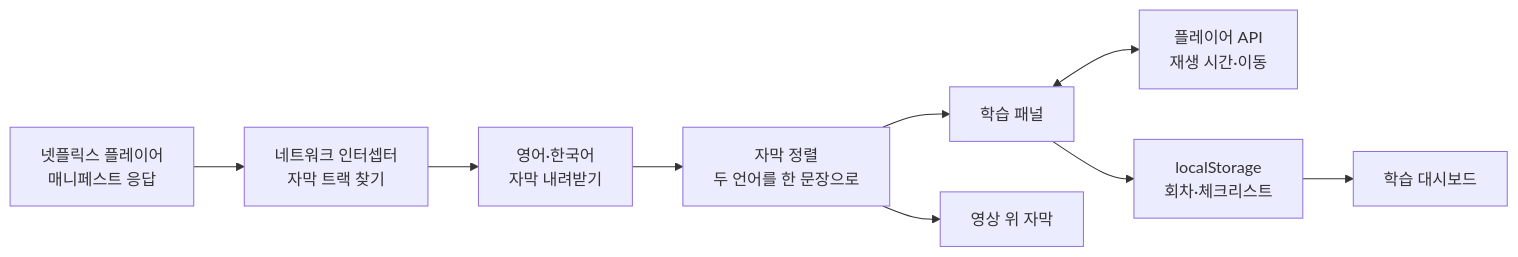
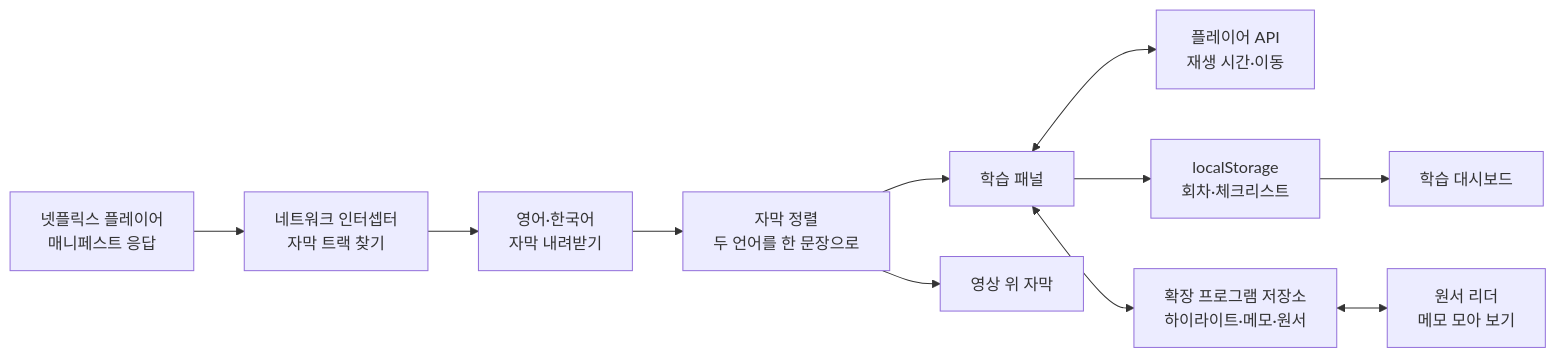
Before and after one commit to mivomad33/netflix-subtitle-study: the diagram in README.md, drawn with Mermaid. The commit also changed other lines of this file and 12 other files, not shown here.

````diff
--- a/README.md
+++ b/README.md
@@ -72,11 +84,13 @@
 ```mermaid
 flowchart LR
     A["넷플릭스 플레이어<br/>매니페스트 응답"] --> B["네트워크 인터셉터<br/>자막 트랙 찾기"]
     B --> C["영어·한국어<br/>자막 내려받기"]
     C --> D["자막 정렬<br/>두 언어를 한 문장으로"]
     D --> E["학습 패널"]
     D --> F["영상 위 자막"]
     E <--> G["플레이어 API<br/>재생 시간·이동"]
     E --> H["localStorage<br/>회차·체크리스트"]
     H --> I["학습 대시보드"]
+    E <--> J["확장 프로그램 저장소<br/>하이라이트·메모·원서"]
+    J <--> K["원서 리더<br/>메모 모아 보기"]
 ```
````
